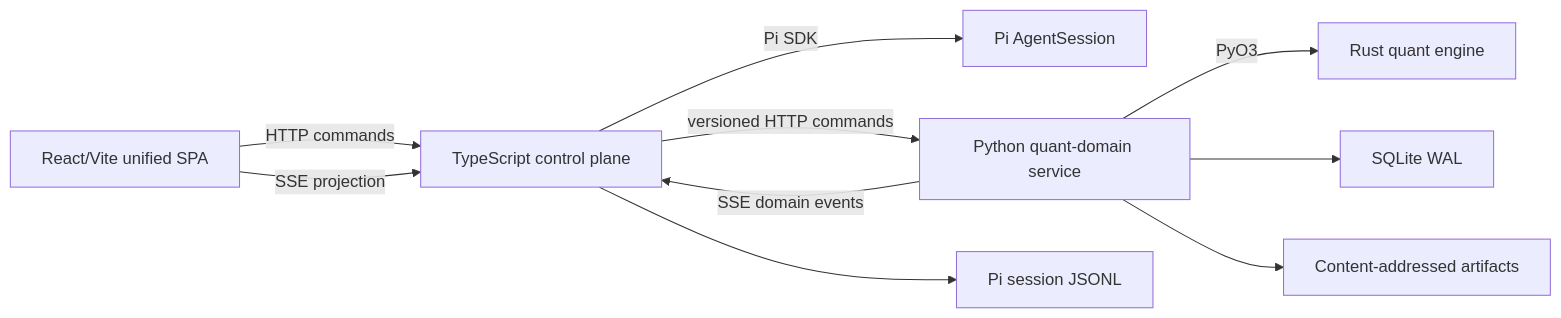
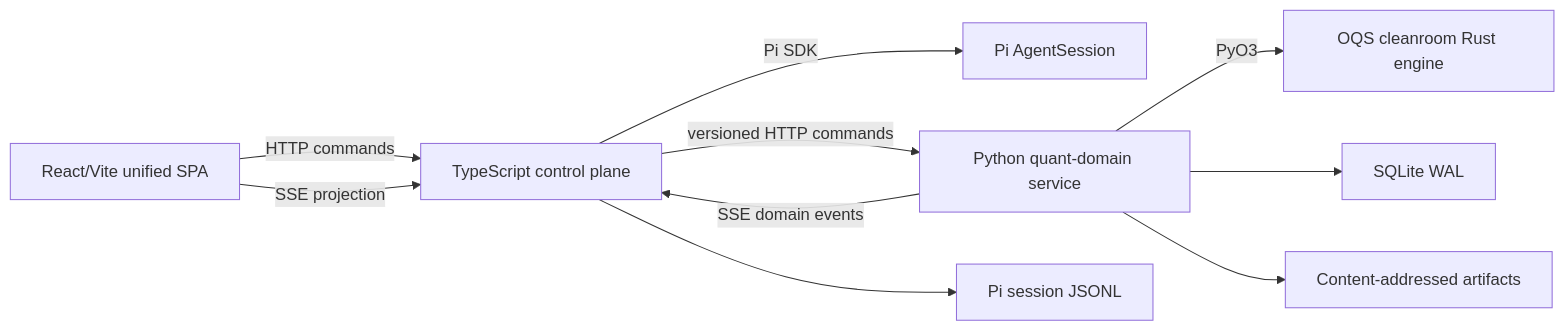
The diagram in docs/01_ARCHITECTURE.md (dreaminate/open-quant-studio), drawn with Mermaid before and after one commit. The commit also changed other lines of this file and 308 other files, not shown here.

````diff
--- a/docs/01_ARCHITECTURE.md
+++ b/docs/01_ARCHITECTURE.md
@@ -5,12 +5,12 @@
 ```mermaid
 flowchart LR
   UI["React/Vite unified SPA"] -->|"HTTP commands"| CP["TypeScript control plane"]
   CP -->|"Pi SDK"| PI["Pi AgentSession"]
   CP -->|"versioned HTTP commands"| PY["Python quant-domain service"]
   PY -->|"SSE domain events"| CP
-  PY -->|"PyO3"| RS["Rust quant engine"]
+  PY -->|"PyO3"| RS["OQS cleanroom Rust engine"]
   PY --> DB["SQLite WAL"]
   PY --> CAS["Content-addressed artifacts"]
   CP --> PJ["Pi session JSONL"]
   UI -->|"SSE projection"| CP
 ```
````
